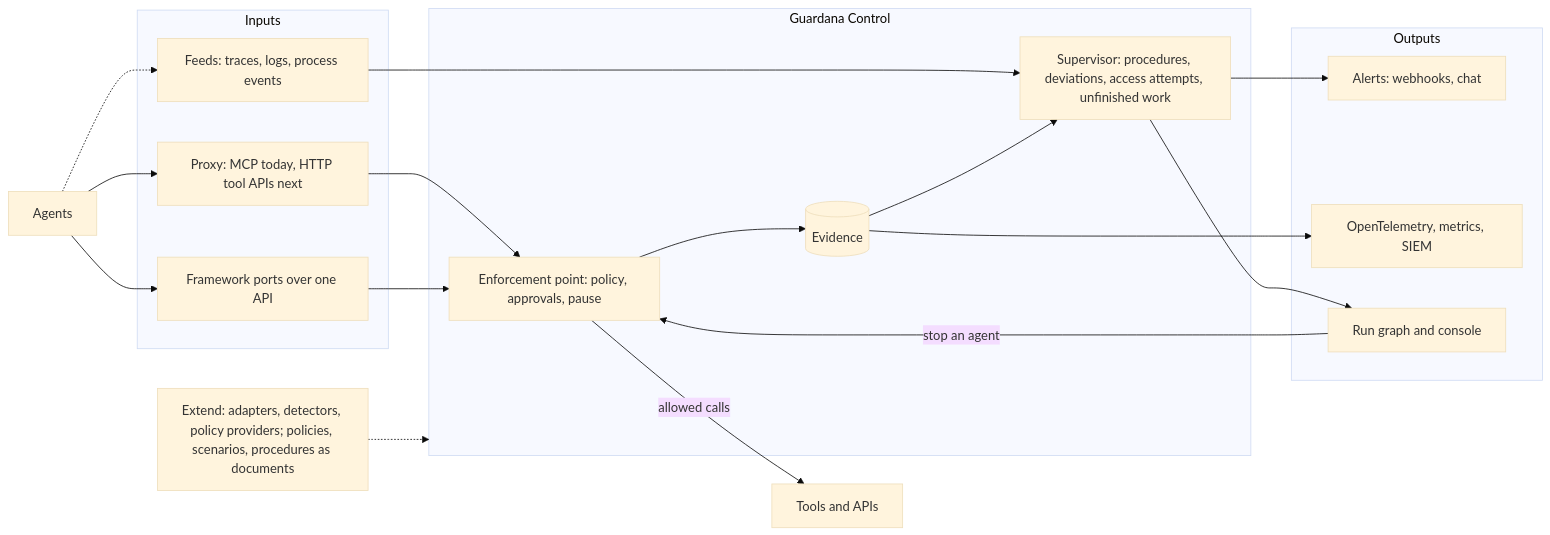
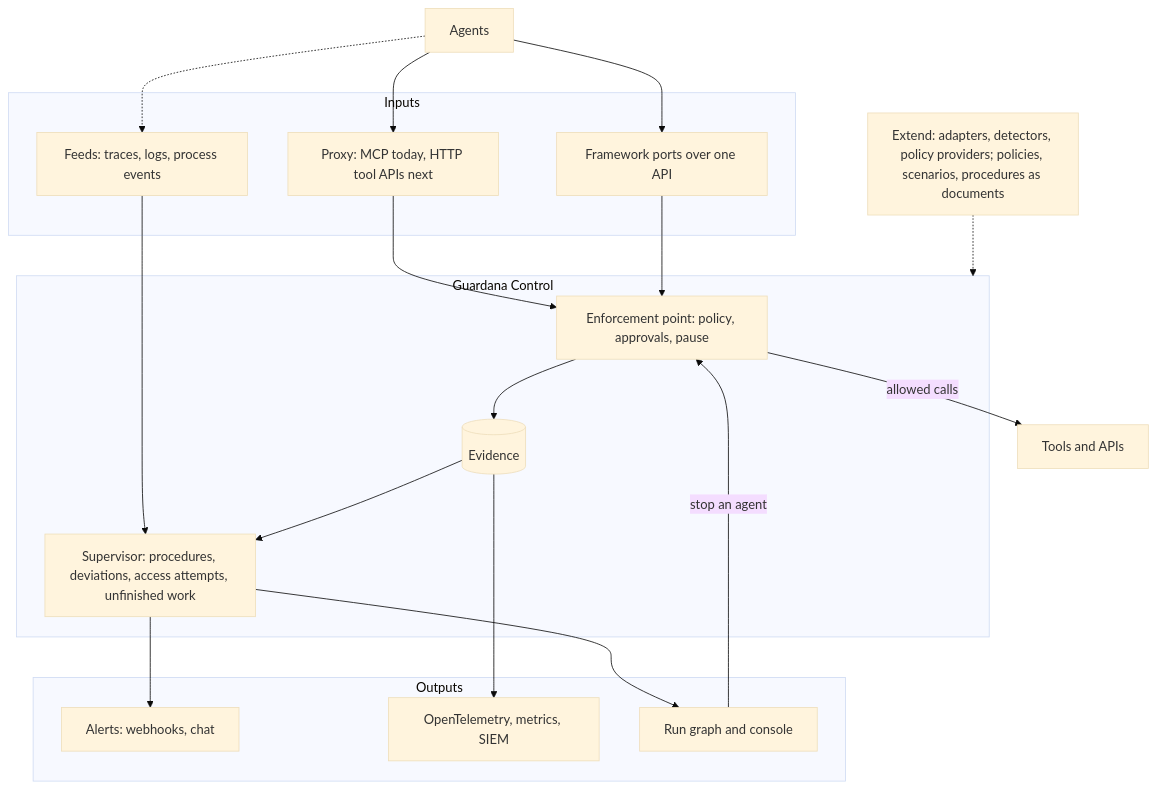
The fourth of 4 diagrams in docs/concepts/architecture.md (guardana/control), drawn with Mermaid (base theme) before and after one commit. The commit also changed 1 other file, not shown here.

Commit message:
docs: draw the target architecture top to bottom
Left to right, GitHub scaled the diagram down to the README's column
until its labels were hard to read. Top to bottom it is narrower, reads
in order from the agents through the inputs and Guardana Control to the
outputs, and keeps its labels close to their size. The architecture
page's diagram follows it.

````diff
--- a/docs/concepts/architecture.md
+++ b/docs/concepts/architecture.md
@@ -248,35 +248,35 @@
 ```mermaid
-flowchart LR
+flowchart TB
     AG[Agents]
     subgraph IN[Inputs]
         PX["Proxy: MCP today, HTTP tool APIs next"]
         PT["Framework ports over one API"]
         FD["Feeds: traces, logs, process events"]
     end
     subgraph CTL[Guardana Control]
         PEP["Enforcement point: policy, approvals, pause"]
         SV["Supervisor: procedures, deviations, access attempts, unfinished work"]
         EV[(Evidence)]
     end
     subgraph OUT[Outputs]
         AL["Alerts: webhooks, chat"]
         EX["OpenTelemetry, metrics, SIEM"]
         GR[Run graph and console]
     end
     TL[Tools and APIs]
     XT["Extend: adapters, detectors, policy providers; policies, scenarios, procedures as documents"]
     AG --> PX
     AG --> PT
     AG -.-> FD
     PX --> PEP
     PT --> PEP
     PEP -->|allowed calls| TL
     FD --> SV
     PEP --> EV
     EV --> SV
     SV --> AL
     EV --> EX
     SV --> GR
     GR -->|stop an agent| PEP
     XT -.-> CTL
 ```
````
